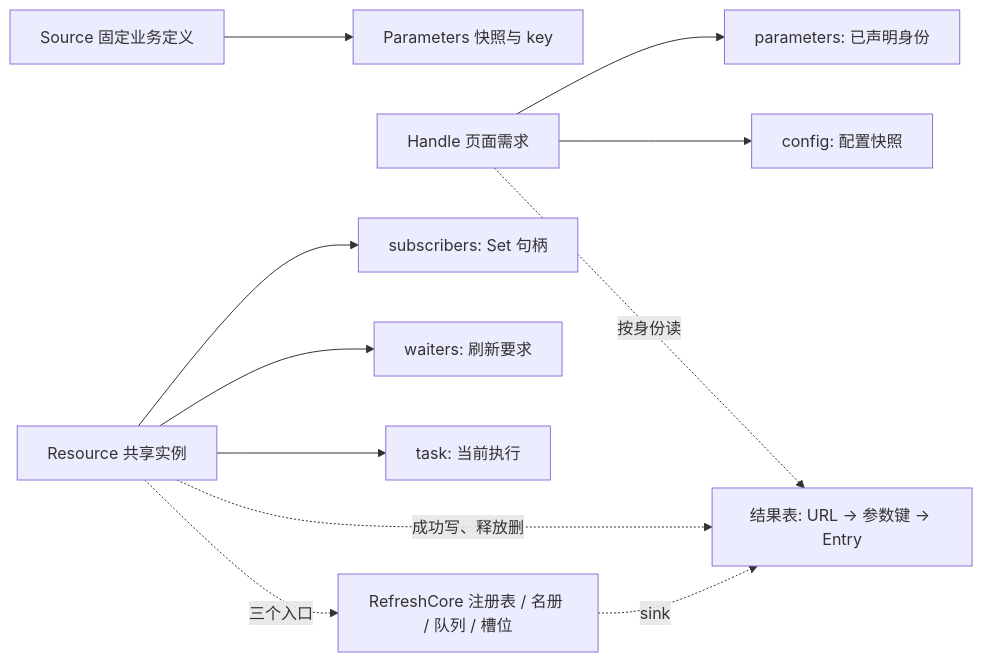
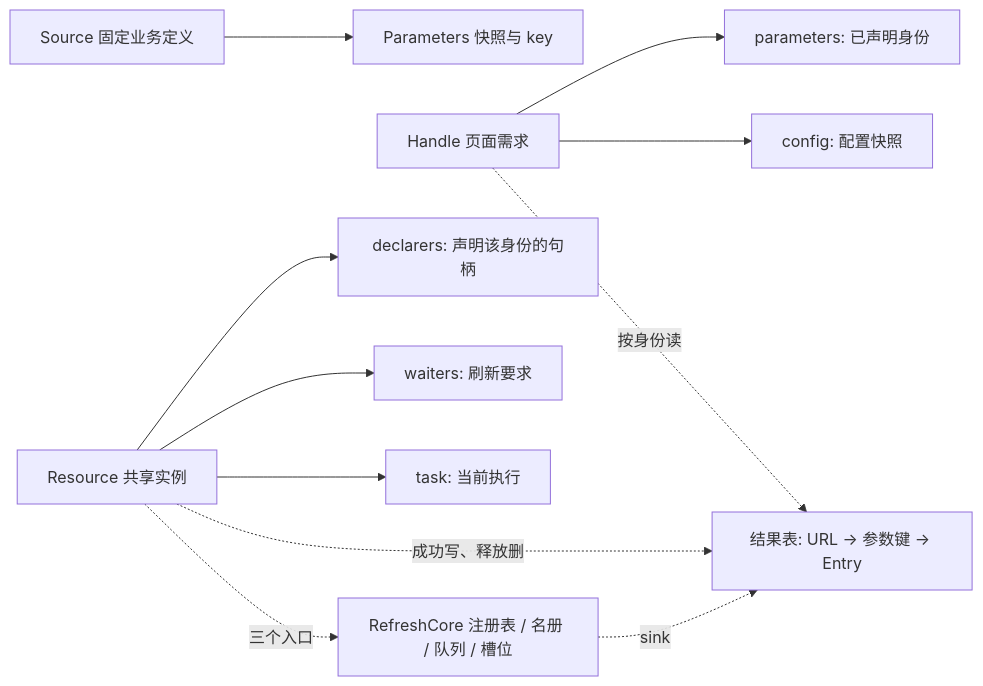
One commit to anjing0524/vue-refresh changed the diagram in DESIGN.md. Above: the diagram before and after it, drawn with Mermaid. The commit also changed other lines of this file and 11 other files, not shown here.

````diff
--- a/DESIGN.md
+++ b/DESIGN.md
@@ -80,13 +80,13 @@
 ```mermaid
 flowchart LR
   Source[Source 固定业务定义] --> Parameters[Parameters 快照与 key]
   Handle[Handle 页面需求] --> Params[parameters: 已声明身份]
   Handle --> Config[config: 配置快照]
   Handle -. 按身份读 .-> Table[结果表: URL → 参数键 → Entry]
-  Resource[Resource 共享实例] --> Subs[subscribers: Set 句柄]
+  Resource[Resource 共享实例] --> Decl[declarers: 声明该身份的句柄]
   Resource --> Waiters[waiters: 刷新要求]
   Resource --> Task[task: 当前执行]
   Resource -. 成功写、释放删 .-> Table
   Resource -. 三个入口 .-> Core[RefreshCore 注册表 / 名册 / 队列 / 槽位]
   Core -. sink .-> Table
 ```
````
